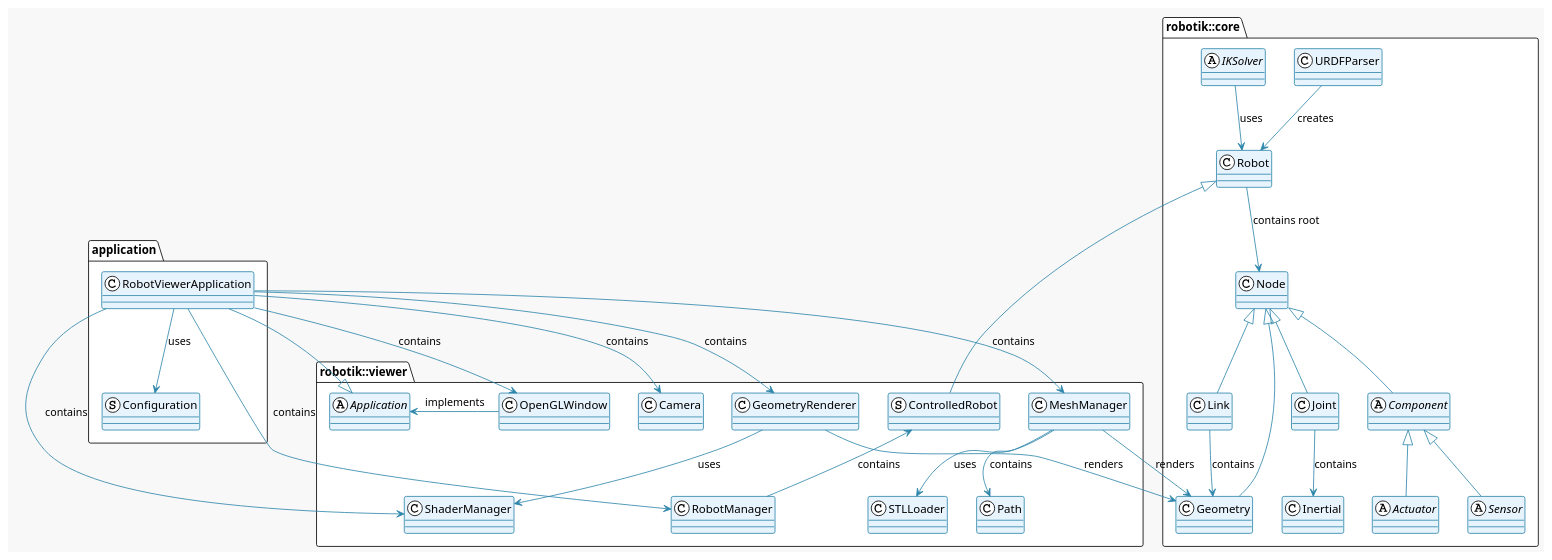
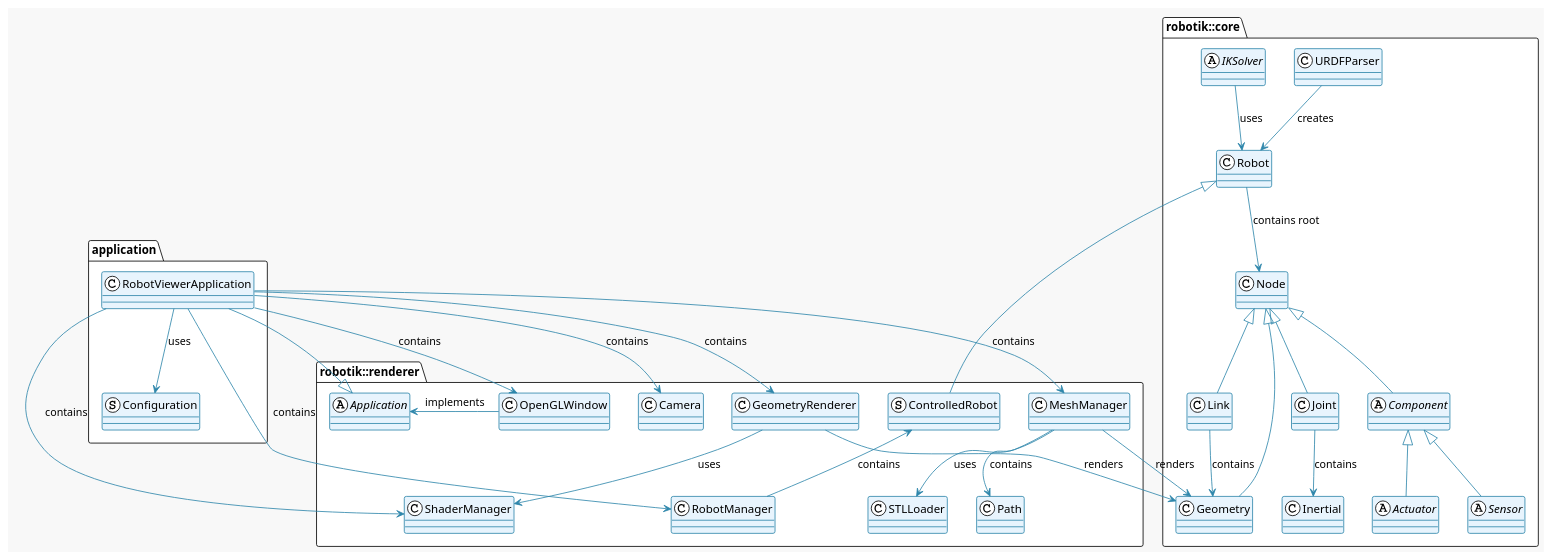
The diagram in doc/robotik_architecture.puml (Lecrapouille/Robotik), drawn with PlantUML before and after one commit. The commit also changed 68 other files, not shown here.

```diff
--- a/doc/robotik_architecture.puml
+++ b/doc/robotik_architecture.puml
@@ -1,127 +1,127 @@
 @startuml Robotik Architecture
 
 !theme plain
 skinparam classAttributeIconSize 0
 skinparam backgroundColor #F8F8F8
 skinparam class {
     BackgroundColor #E8F4FD
     BorderColor #2E86AB
     ArrowColor #2E86AB
 }
 
-package "robotik::viewer" {
+package "robotik::renderer" {
     abstract class Application {
     }
 
     class Camera {
     }
 
     class OpenGLWindow {
     }
 
     class ShaderManager {
     }
 
     class STLLoader {
     }
 
     class MeshManager {
     }
 
     class GeometryRenderer {
     }
 
     class RobotManager {
     }
 
     class Path {
     }
 
     struct ControlledRobot {
     }
 }
 
 package "application" {
     class RobotViewerApplication {
     }
 
     struct Configuration {
     }
 }
 
 package "robotik::core" {
     class Node {
     }
 
     class Joint {
     }
 
     class Link {
     }
 
     class Geometry {
     }
 
     abstract class Component {
     }
 
     abstract class Sensor {
     }
 
     abstract class Actuator {
     }
 
     class Robot {
     }
 
     class URDFParser {
     }
 
     abstract class IKSolver {
     }
 
     class Inertial {
     }
 }
 
 ' Core package inheritances
 Node <|-- Joint
 Node <|-- Link
 Node <|-- Geometry
 Node <|-- Component
 
 Component <|-- Sensor
 Component <|-- Actuator
 
 ' Core package associations
 Robot --> Node : contains root
 URDFParser --> Robot : creates
 IKSolver --> Robot : uses
 Joint --> Inertial : contains
 Link --> Geometry : contains
 
 ' Viewer package inheritances
 Application <|-- RobotViewerApplication
 
 ' Viewer package associations
 RobotViewerApplication --> Configuration : uses
 RobotViewerApplication --> OpenGLWindow : contains
 RobotViewerApplication --> Camera : contains
 RobotViewerApplication --> ShaderManager : contains
 RobotViewerApplication --> MeshManager : contains
 RobotViewerApplication --> GeometryRenderer : contains
 RobotViewerApplication --> RobotManager : contains
 Application <- OpenGLWindow : implements
 
 GeometryRenderer --> ShaderManager : uses
 MeshManager --> STLLoader : uses
 MeshManager --> Path : contains
 
 ControlledRobot <-- RobotManager : contains
 Robot <|-- ControlledRobot
 
 ' Cross-package dependencies
 GeometryRenderer --> Geometry : renders
 MeshManager --> Geometry : renders
 
 @enduml
```
